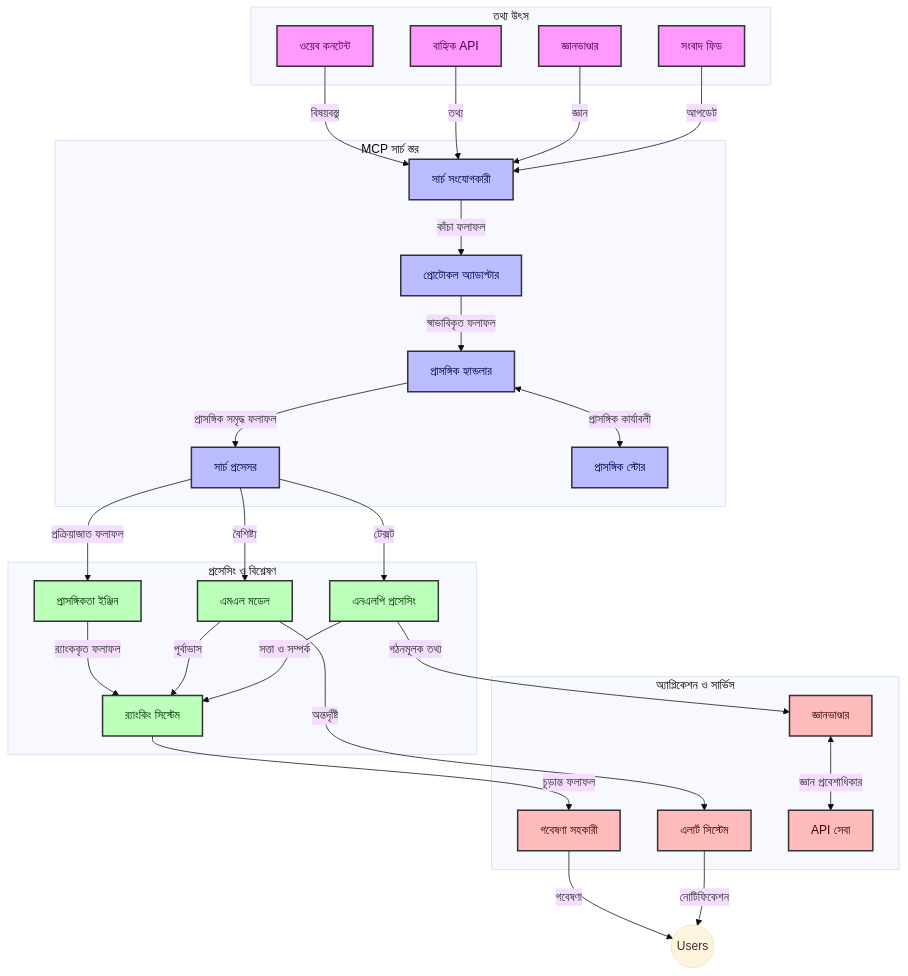
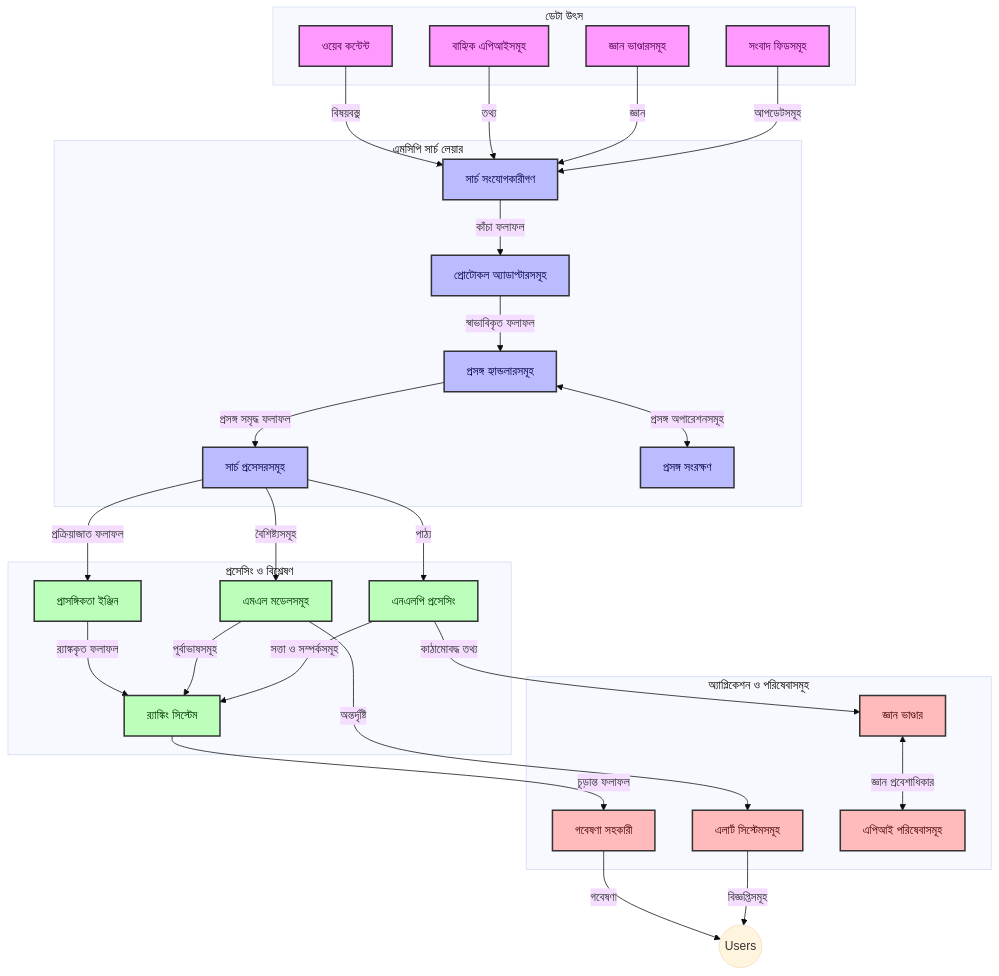
Before and after one commit to microsoft/mcp-for-beginners: the first of 4 diagrams in translations/bn/05-AdvancedTopics/mcp-realtimesearch/README.md, drawn with Mermaid (base theme). The commit also changed other lines of this file and 118 other files, not shown here.

````diff
--- a/translations/bn/05-AdvancedTopics/mcp-realtimesearch/README.md
+++ b/translations/bn/05-AdvancedTopics/mcp-realtimesearch/README.md
@@ -109,66 +109,66 @@
 ```mermaid
 graph TD
-    subgraph "তথ্য উৎস"
-        Web[ওয়েব কনটেন্ট]
-        APIs[বাহ্যিক API]
-        DB[জ্ঞানভাণ্ডার]
-        News[সংবাদ ফিড]
+    subgraph "ডেটা উৎস"
+        Web[ওয়েব কন্টেন্ট]
+        APIs[বাহ্যিক এপিআইসমূহ]
+        DB[জ্ঞান ভাণ্ডারসমূহ]
+        News[সংবাদ ফিডসমূহ]
     end
 
-    subgraph "MCP সার্চ স্তর"
-        SC[সার্চ সংযোগকারী]
-        PA[প্রোটোকল অ্যাডাপ্টার]
-        CH[প্রাসঙ্গিক হ্যান্ডলার]
-        SP[সার্চ প্রসেসর]
-        CS[প্রাসঙ্গিক স্টোর]
+    subgraph "এমসিপি সার্চ লেয়ার"
+        SC[সার্চ সংযোগকারীগণ]
+        PA[প্রোটোকল অ্যাডাপ্টারসমূহ]
+        CH[প্রসঙ্গ হ্যান্ডলারসমূহ]
+        SP[সার্চ প্রসেসরসমূহ]
+        CS[প্রসঙ্গ সংরক্ষণ]
     end
 
     subgraph "প্রসেসিং ও বিশ্লেষণ"
         RE[প্রাসঙ্গিকতা ইঞ্জিন]
-        ML[এমএল মডেল]
+        ML[এমএল মডেলসমূহ]
         NLP[এনএলপি প্রসেসিং]
-        Rank[র‍্যাংকিং সিস্টেম]
+        Rank[র‌্যাঙ্কিং সিস্টেম]
     end
 
-    subgraph "অ্যাপ্লিকেশন ও সার্ভিস"
+    subgraph "অ্যাপ্লিকেশন ও পরিষেবাসমূহ"
         RA[গবেষণা সহকারী]
-        Alerts[এলার্ট সিস্টেম]
-        KB[জ্ঞানভাণ্ডার]
-        API[API সেবা]
+        Alerts[এলার্ট সিস্টেমসমূহ]
+        KB[জ্ঞান ভাণ্ডার]
+        API[এপিআই পরিষেবাসমূহ]
     end
 
-    Web -->|বিষয়বস্তু| SC
+    Web -->|বিষয়বস্তু| SC
     APIs -->|তথ্য| SC
     DB -->|জ্ঞান| SC
-    News -->|আপডেট| SC
+    News -->|আপডেটসমূহ| SC
     
     SC -->|কাঁচা ফলাফল| PA
     PA -->|স্বাভাবিকৃত ফলাফল| CH
-    CH <-->|প্রাসঙ্গিক কার্যাবলী| CS
-    CH -->|প্রাসঙ্গিক সমৃদ্ধ ফলাফল| SP
+    CH <-->|প্রসঙ্গ অপারেশনসমূহ| CS
+    CH -->|প্রসঙ্গ সমৃদ্ধ ফলাফল| SP
     SP -->|প্রক্রিয়াজাত ফলাফল| RE
-    SP -->|বৈশিষ্ট্য| ML
-    SP -->|টেক্সট| NLP
+    SP -->|বৈশিষ্ট্যসমূহ| ML
+    SP -->|পাঠ্য| NLP
     
-    RE -->|র‍্যাংককৃত ফলাফল| Rank
-    ML -->|পূর্বাভাস| Rank
-    NLP -->|সত্তা ও সম্পর্ক| Rank
+    RE -->|র‌্যাঙ্ককৃত ফলাফল| Rank
+    ML -->|পূর্বাভাষসমূহ| Rank
+    NLP -->|সত্তা ও সম্পর্কসমূহ| Rank
     
     Rank -->|চূড়ান্ত ফলাফল| RA
     ML -->|অন্তর্দৃষ্টি| Alerts
-    NLP -->|গঠনমূলক তথ্য| KB
+    NLP -->|কাঠামোবদ্ধ তথ্য| KB
     
     RA -->|গবেষণা| Users((Users))
-    Alerts -->|নোটিফিকেশন| Users
+    Alerts -->|বিজ্ঞপ্তিসমূহ| Users
     KB <-->|জ্ঞান প্রবেশাধিকার| API
 
     classDef sources fill:#f9f,stroke:#333,stroke-width:2px,color:#4a004a
     classDef mcp fill:#bbf,stroke:#333,stroke-width:2px,color:#00004a
     classDef processing fill:#bfb,stroke:#333,stroke-width:2px,color:#003300
     classDef apps fill:#fbb,stroke:#333,stroke-width:2px,color:#4a0000
     
     class Web,APIs,DB,News sources
     class SC,PA,CH,SP,CS mcp
     class RE,ML,NLP,Rank processing
     class RA,Alerts,KB,API apps
 ```
````
